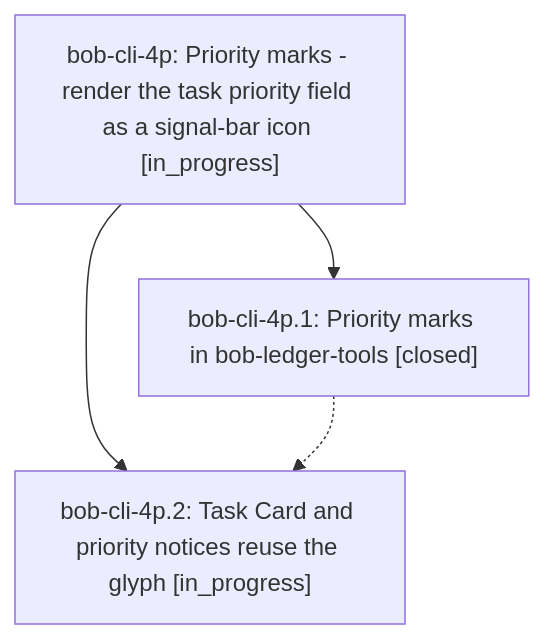
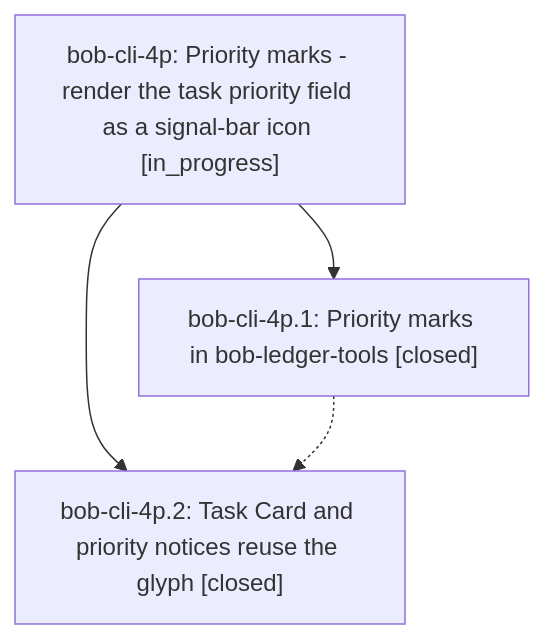
The diagram in pages/bob-cli-4p/README.md (bobs-org/bob-cli--beads), drawn with Mermaid before and after one commit. The commit also changed other lines of this file and 2 other files, not shown here.

First line of the commit message:
chore(beads): sync bead state and pages for bob-cli-4p

````diff
--- a/pages/bob-cli-4p/README.md
+++ b/pages/bob-cli-4p/README.md
@@ -23,9 +23,9 @@
 ```mermaid
 flowchart TD
     n0["bob-cli-4p: Priority marks - render the task priority field as a signal-bar icon [in_progress]"]
     n1["bob-cli-4p.1: Priority marks in bob-ledger-tools [closed]"]
-    n2["bob-cli-4p.2: Task Card and priority notices reuse the glyph [in_progress]"]
+    n2["bob-cli-4p.2: Task Card and priority notices reuse the glyph [closed]"]
     n0 --> n1
     n0 --> n2
     n1 -.-> n2
 ```
````
